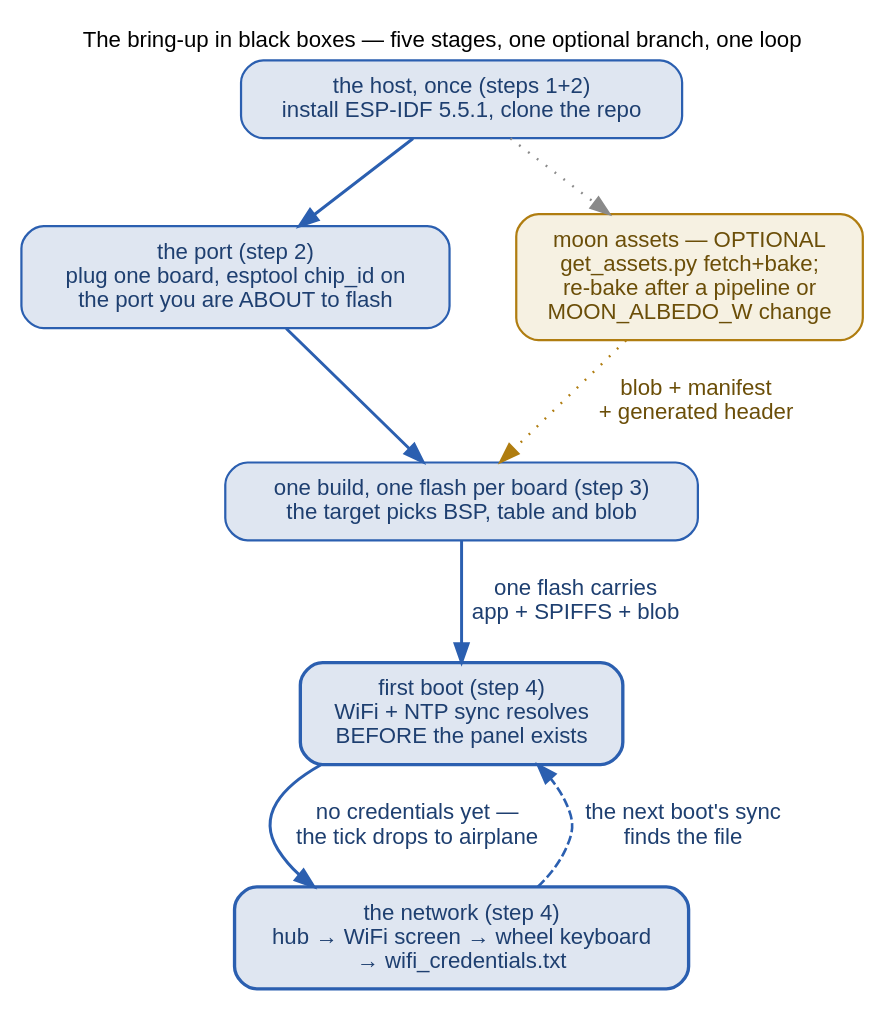
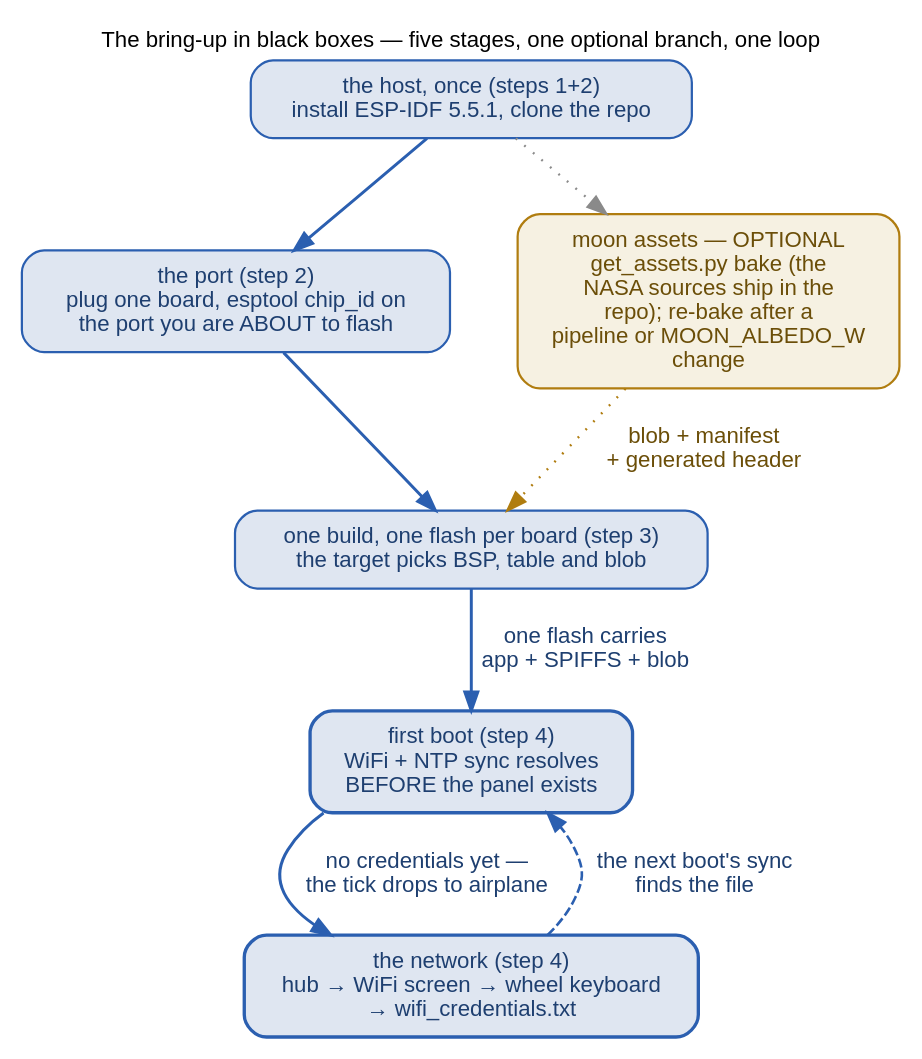
Before and after one commit to ukos-git/moon-clock-esp: the diagram in docs/_graphs/bringup-overview.dot, drawn with Graphviz. The commit also changed 55 other files, not shown here.

```diff
--- a/docs/_graphs/bringup-overview.dot
+++ b/docs/_graphs/bringup-overview.dot
@@ -1,50 +1,50 @@
 // The bring-up as a BLACK-BOX OVERVIEW: the five stages of the
 // getting-started walk, each drawn as a sealed box — no internals on
 // this page's figure. Every box opens into its own detail sketch: the
 // step-3 commands into docs/_graphs/build-flash.dot (devices/index),
 // the optional asset branch into docs/_graphs/assets-pipeline.dot
 // (reference/build-system), the first-boot box into
 // docs/_graphs/bringup-boot-sync.dot and the network box into
 // docs/_graphs/bringup-provisioning.dot (both on this page). The one
 // loop is the story: provisioning ends where the boot sync began, on
 // the credential file. FONTS: 12 pt everywhere = the page's 16 px body
 // text at 1:1 (graphviz pt at 72 dpi, browser px at 96 dpi), and the
 // graph is kept inside the content column so object{max-width:100%}
 // never scales it down — smaller text was the old figure's failure.
 // Rendered inline as SVG by sphinx.ext.graphviz (dot on PATH).
 digraph bringup_overview {
     rankdir=TB;
     label="The bring-up in black boxes — five stages, one optional branch, one loop";
     labelloc="t"; labeljust="c";
     fontname="Helvetica"; fontsize=12;
     graph [nodesep=0.5, ranksep=0.55];
     node [fontname="Helvetica", fontsize=12, shape=box, style="rounded,filled",
           width=0, height=0, margin="0.18,0.11", fillcolor="#f2f2ef",
           color="#525252", penwidth=1.2];
     edge [fontname="Helvetica", fontsize=12, color="#8a8a8a", penwidth=1.3];
 
     host [label="the host, once (steps 1+2)\ninstall ESP-IDF 5.5.1, clone the repo",
           fillcolor="#dfe6f1", color="#2b5fb0", fontcolor="#1e3f70"];
     port [label="the port (step 2)\nplug one board, esptool chip_id on\nthe port you are ABOUT to flash",
           fillcolor="#dfe6f1", color="#2b5fb0", fontcolor="#1e3f70"];
     build [label="one build, one flash per board (step 3)\nthe target picks BSP, table and blob",
            fillcolor="#dfe6f1", color="#2b5fb0", fontcolor="#1e3f70"];
     boot [label="first boot (step 4)\nWiFi + NTP sync resolves\nBEFORE the panel exists",
           fillcolor="#dfe6f1", color="#2b5fb0", fontcolor="#1e3f70", penwidth=1.8];
     prov [label="the network (step 4)\nhub → WiFi screen → wheel keyboard\n→ wifi_credentials.txt",
           fillcolor="#dfe6f1", color="#2b5fb0", fontcolor="#1e3f70", penwidth=1.8];
-    assets [label="moon assets — OPTIONAL\nget_assets.py fetch+bake;\nre-bake after a pipeline or\nMOON_ALBEDO_W change",
+    assets [label="moon assets — OPTIONAL\nget_assets.py bake (the\nNASA sources ship in the\nrepo); re-bake after a\npipeline or MOON_ALBEDO_W\nchange",
             fillcolor="#f6f1e2", color="#b07d10", fontcolor="#6b4e08"];
 
     host -> port [color="#2b5fb0", penwidth=1.6, fontcolor="#1e3f70"];
     port -> build [color="#2b5fb0", penwidth=1.6, fontcolor="#1e3f70"];
     build -> boot [color="#2b5fb0", penwidth=1.6, fontcolor="#1e3f70",
                    label="one flash carries\napp + SPIFFS + blob"];
     boot -> prov [color="#2b5fb0", penwidth=1.6, fontcolor="#1e3f70",
                   label="no credentials yet —\nthe tick drops to airplane"];
     prov -> boot [style=dashed, color="#2b5fb0", penwidth=1.4, fontcolor="#1e3f70",
                   label="the next boot's sync\nfinds the file"];
     host -> assets [style=dotted];
     assets -> build [style=dotted, color="#b07d10", fontcolor="#6b4e08",
                      label="blob + manifest\n+ generated header"];
 }
```
